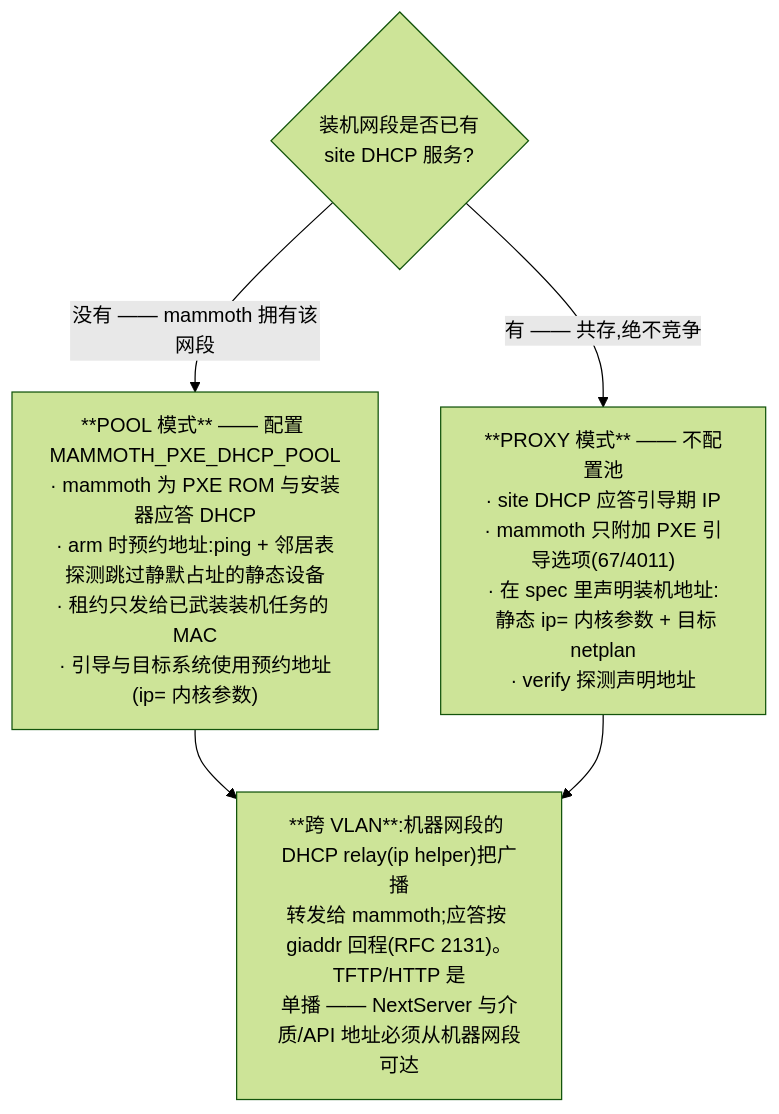
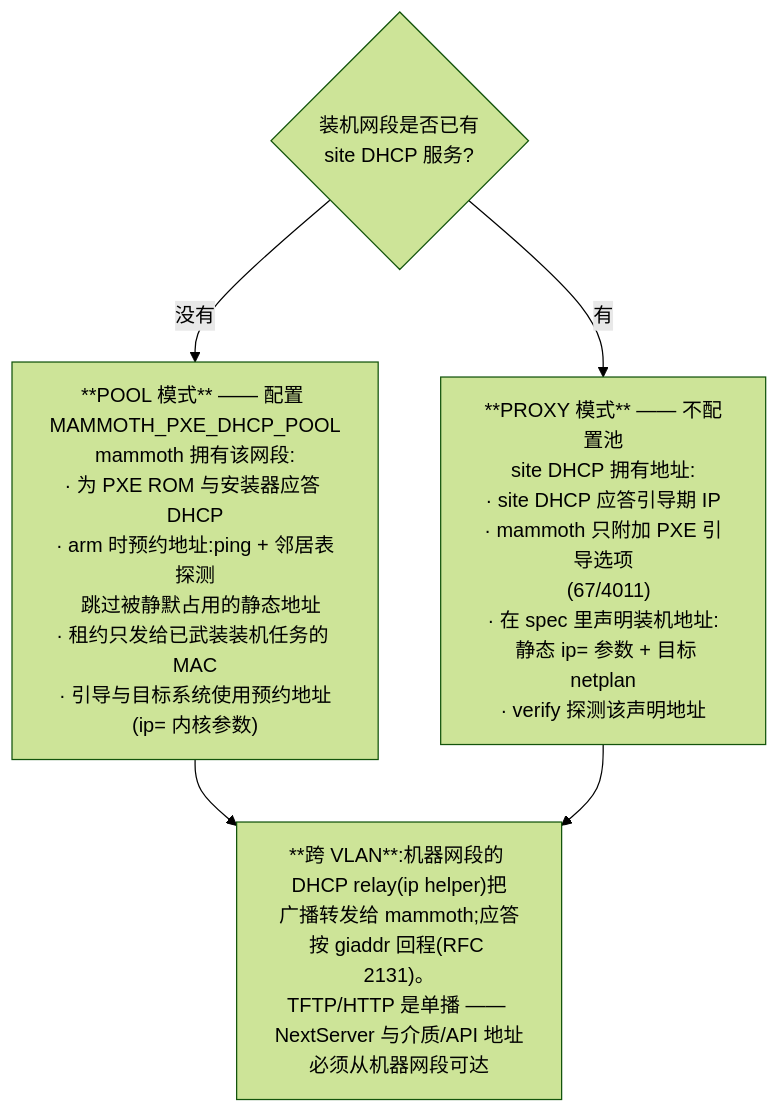
Before and after one commit to 3th1nk/mammoth: the second of 2 diagrams in README.zh-CN.md, drawn with Mermaid (forest theme). The commit also changed other lines of this file and 1 other file, not shown here.

Commit message:
docs(readme): mermaid 图收窄——子图纵向堆叠、长标签按行重排、边标签缩短,修复横向溢出遮挡

````diff
--- a/README.zh-CN.md
+++ b/README.zh-CN.md
@@ -73,8 +69,8 @@
 ```mermaid
 flowchart TD
     q{"装机网段是否已有<br/>site DHCP 服务?"}
-    q -- "没有 —— mammoth 拥有该网段" --> pool["**POOL 模式** —— 配置 MAMMOTH_PXE_DHCP_POOL<br/>· mammoth 为 PXE ROM 与安装器应答 DHCP<br/>· arm 时预约地址:ping + 邻居表探测跳过静默占址的静态设备<br/>· 租约只发给已武装装机任务的 MAC<br/>· 引导与目标系统使用预约地址(ip= 内核参数)"]
-    q -- "有 —— 共存,绝不竞争" --> proxy["**PROXY 模式** —— 不配置池<br/>· site DHCP 应答引导期 IP<br/>· mammoth 只附加 PXE 引导选项(67/4011)<br/>· 在 spec 里声明装机地址:<br/>  静态 ip= 内核参数 + 目标 netplan<br/>· verify 探测声明地址"]
-    pool --> vlan["**跨 VLAN**:机器网段的 DHCP relay(ip helper)把广播<br/>转发给 mammoth;应答按 giaddr 回程(RFC 2131)。TFTP/HTTP 是<br/>单播 —— NextServer 与介质/API 地址必须从机器网段可达"]
+    q -- "没有" --> pool["**POOL 模式** —— 配置 MAMMOTH_PXE_DHCP_POOL<br/>mammoth 拥有该网段:<br/>· 为 PXE ROM 与安装器应答 DHCP<br/>· arm 时预约地址:ping + 邻居表探测<br/>  跳过被静默占用的静态地址<br/>· 租约只发给已武装装机任务的 MAC<br/>· 引导与目标系统使用预约地址<br/>(ip= 内核参数)"]
+    q -- "有" --> proxy["**PROXY 模式** —— 不配置池<br/>site DHCP 拥有地址:<br/>· site DHCP 应答引导期 IP<br/>· mammoth 只附加 PXE 引导选项<br/>  (67/4011)<br/>· 在 spec 里声明装机地址:<br/>  静态 ip= 参数 + 目标 netplan<br/>· verify 探测该声明地址"]
+    pool --> vlan["**跨 VLAN**:机器网段的 DHCP relay(ip helper)把<br/>广播转发给 mammoth;应答按 giaddr 回程(RFC 2131)。<br/>TFTP/HTTP 是单播 —— NextServer 与介质/API 地址<br/>必须从机器网段可达"]
     proxy --> vlan
 ```
````
